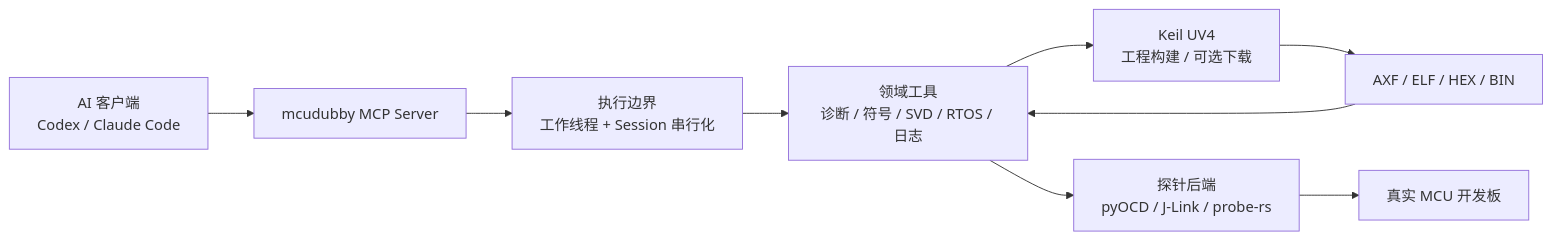
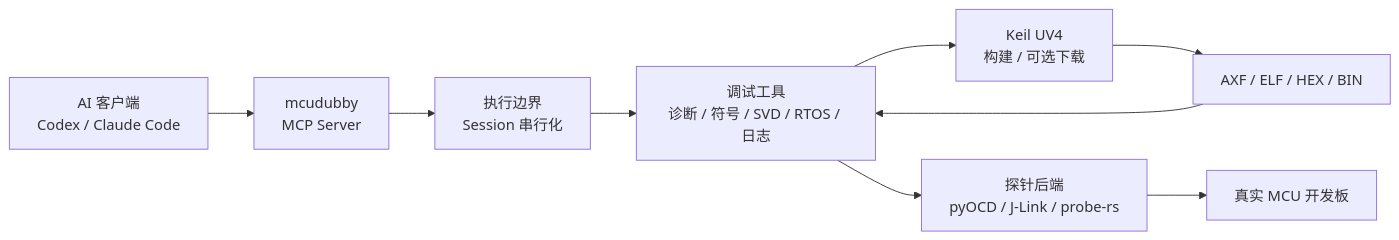
The diagram in README.md (cunjun/mcudubby), drawn with Mermaid before and after one commit. The commit also changed other lines of this file, not shown here.

````diff
--- a/README.md
+++ b/README.md
@@ -47,11 +44,11 @@
 ```mermaid
 flowchart LR
-    AI["AI 客户端<br/>Codex / Claude Code"] --> MCP["mcudubby MCP Server"]
-    MCP --> EB["执行边界<br/>工作线程 + Session 串行化"]
-    EB --> DT["领域工具<br/>诊断 / 符号 / SVD / RTOS / 日志"]
-    DT --> KEIL["Keil UV4<br/>工程构建 / 可选下载"]
-    DT --> PROBE["探针后端<br/>pyOCD / J-Link / probe-rs"]
+    AI["AI 客户端<br/>Codex / Claude Code"] --> MCP["mcudubby<br/>MCP Server"]
+    MCP --> EB["执行边界<br/>Session 串行化"]
+    EB --> TOOLS["调试工具<br/>诊断 / 符号 / SVD / RTOS / 日志"]
+    TOOLS --> KEIL["Keil UV4<br/>构建 / 可选下载"]
+    TOOLS --> PROBE["探针后端<br/>pyOCD / J-Link / probe-rs"]
     KEIL --> IMAGE["AXF / ELF / HEX / BIN"]
-    IMAGE --> DT
+    IMAGE --> TOOLS
     PROBE --> BOARD["真实 MCU 开发板"]
 ```
````
